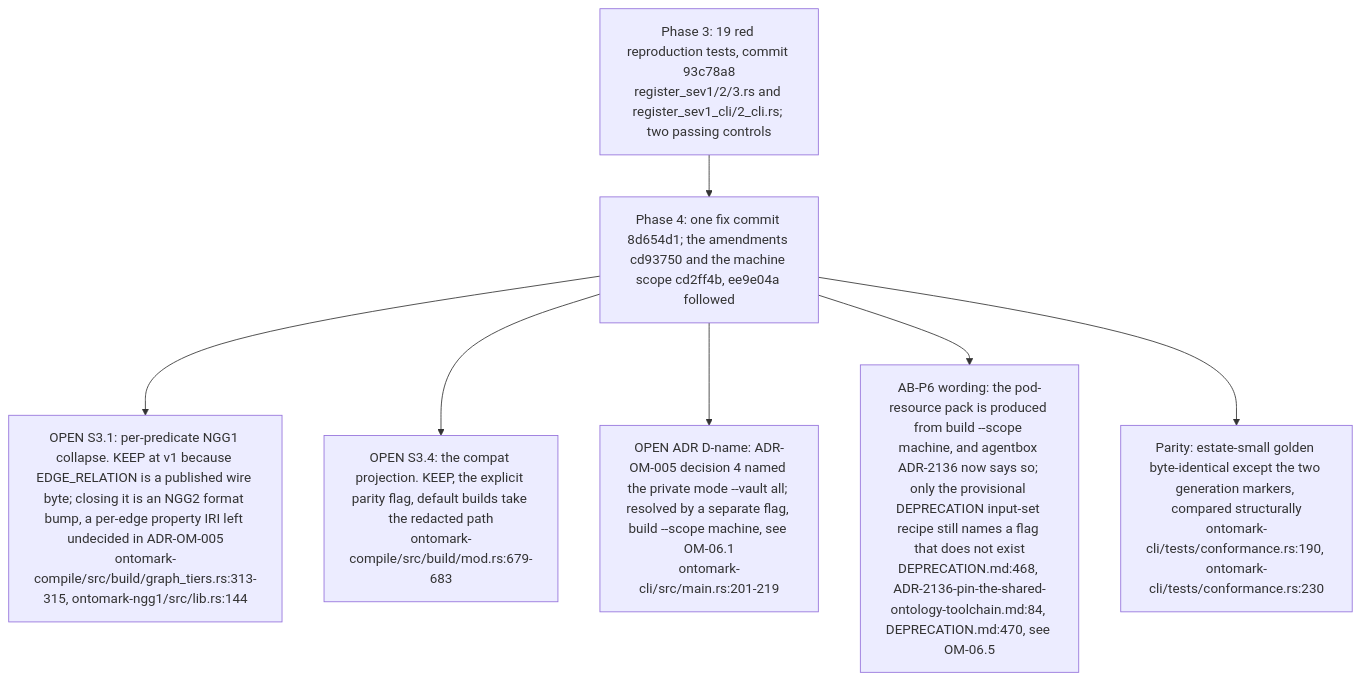
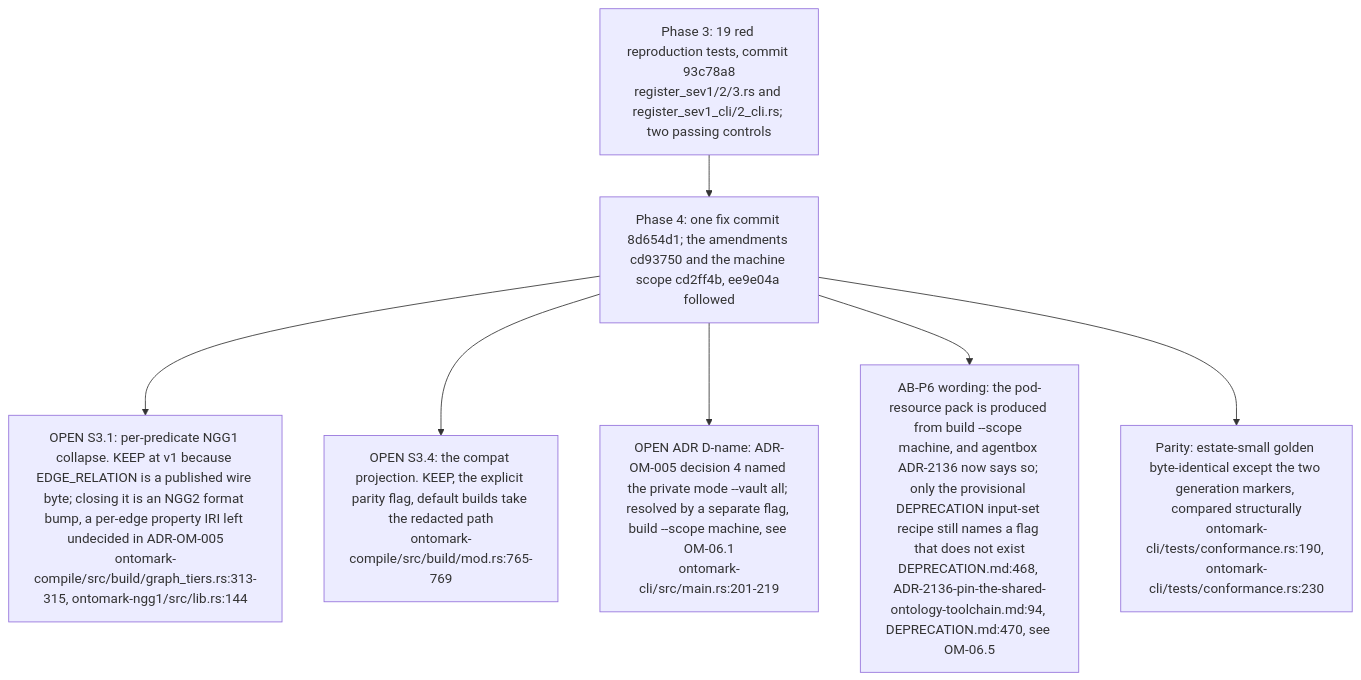
The fifth of 5 diagrams in docs/diagrams/ontomark/00-anomaly-register-and-reconciliation.md (DreamLab-AI/VisionFlow), drawn with Mermaid before and after one commit. The commit also changed other lines of this file and 1 other file, not shown here.

First line of the commit message:
docs(diagrams): OM-00, OM-05 — ADR-OM-005 reconciliation and repair; re-stamp ontomark at 6c3f693

````diff
--- a/docs/diagrams/ontomark/00-anomaly-register-and-reconciliation.md
+++ b/docs/diagrams/ontomark/00-anomaly-register-and-reconciliation.md
@@ -326,13 +326,13 @@
 ```mermaid
 flowchart TB
     PH3["Phase 3: 19 red reproduction tests, commit 93c78a8<br/>register_sev1/2/3.rs and register_sev1_cli/2_cli.rs; two passing controls"]
     PH4["Phase 4: one fix commit 8d654d1; the amendments cd93750 and the machine scope cd2ff4b, ee9e04a followed"]
     PH3 --> PH4
     OPEN1["OPEN S3.1: per-predicate NGG1 collapse. KEEP at v1 because EDGE_RELATION is a published wire byte; closing it is an NGG2 format bump, a per-edge property IRI left undecided in ADR-OM-005<br/>ontomark-compile/src/build/graph_tiers.rs:313-315, ontomark-ngg1/src/lib.rs:144"]
-    OPEN2["OPEN S3.4: the compat projection. KEEP, the explicit parity flag, default builds take the redacted path<br/>ontomark-compile/src/build/mod.rs:679-683"]
+    OPEN2["OPEN S3.4: the compat projection. KEEP, the explicit parity flag, default builds take the redacted path<br/>ontomark-compile/src/build/mod.rs:765-769"]
     OPEN3["OPEN ADR D-name: ADR-OM-005 decision 4 named the private mode --vault all; resolved by a separate flag, build --scope machine, see OM-06.1<br/>ontomark-cli/src/main.rs:201-219"]
-    OPEN4["AB-P6 wording: the pod-resource pack is produced from build --scope machine, and agentbox ADR-2136 now says so; only the provisional DEPRECATION input-set recipe still names a flag that does not exist<br/>DEPRECATION.md:468, ADR-2136-pin-the-shared-ontology-toolchain.md:84, DEPRECATION.md:470, see OM-06.5"]
+    OPEN4["AB-P6 wording: the pod-resource pack is produced from build --scope machine, and agentbox ADR-2136 now says so; only the provisional DEPRECATION input-set recipe still names a flag that does not exist<br/>DEPRECATION.md:468, ADR-2136-pin-the-shared-ontology-toolchain.md:94, DEPRECATION.md:470, see OM-06.5"]
     PH4 --> OPEN1 & OPEN2 & OPEN3 & OPEN4
     PAR["Parity: estate-small golden byte-identical except the two generation markers, compared structurally<br/>ontomark-cli/tests/conformance.rs:190, ontomark-cli/tests/conformance.rs:230"]
     PH4 --> PAR
 ```
````
